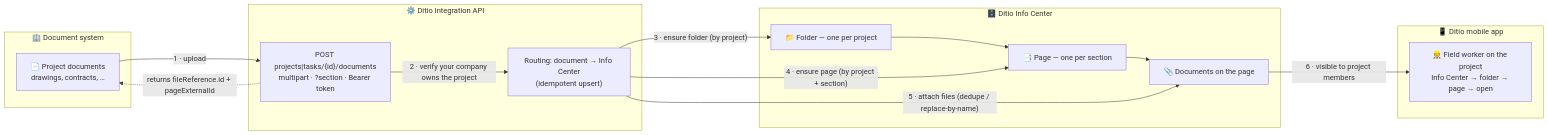
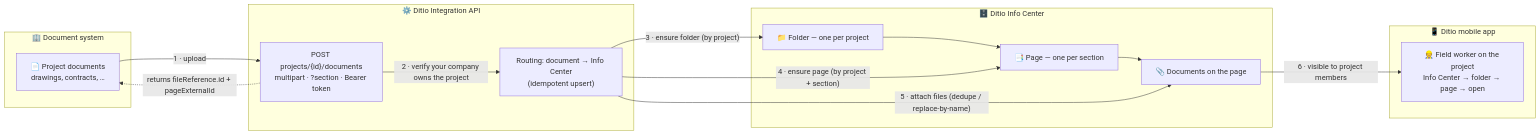
Before and after one commit to ditioas/Ditio.Core.Samples.Integrations: the diagram in documents/README.md, drawn with Mermaid. The commit also changed other lines of this file, not shown here.

Commit message:
docs(documents): simplify to project upload, note work orders separately
Claude-Session: https://claude.ai/code/session_0125aEvYCrN3XLvzRQnW5d4n

````diff
--- a/documents/README.md
+++ b/documents/README.md
@@ -11,27 +11,27 @@
 ```mermaid
 flowchart LR
     subgraph Src["🏢 Document system"]
         D["📄 Project documents<br/>drawings, contracts, …"]
     end
     subgraph API["⚙️ Ditio Integration API"]
-        EP["POST projects|tasks/{id}/documents<br/>multipart · ?section · Bearer token"]
+        EP["POST projects/{id}/documents<br/>multipart · ?section · Bearer token"]
         SVC["Routing: document → Info Center<br/>(idempotent upsert)"]
     end
     subgraph Store["🗄️ Ditio Info Center"]
         FOLDER["📁 Folder — one per project"]
         PAGE["📑 Page — one per section"]
         FILE["📎 Documents on the page"]
     end
     subgraph Mobile["📱 Ditio mobile app"]
         FW["👷 Field worker on the project<br/>Info Center → folder → page → open"]
     end
     D -->|"1 · upload"| EP
     EP -->|"2 · verify your company owns the project"| SVC
     SVC -->|"3 · ensure folder (by project)"| FOLDER
     FOLDER --> PAGE
     SVC -->|"4 · ensure page (by project + section)"| PAGE
     PAGE --> FILE
     SVC -->|"5 · attach files (dedupe / replace-by-name)"| FILE
     FILE -->|"6 · visible to project members"| FW
     EP -.->|"returns fileReference.id + pageExternalId"| D
 ```
````
